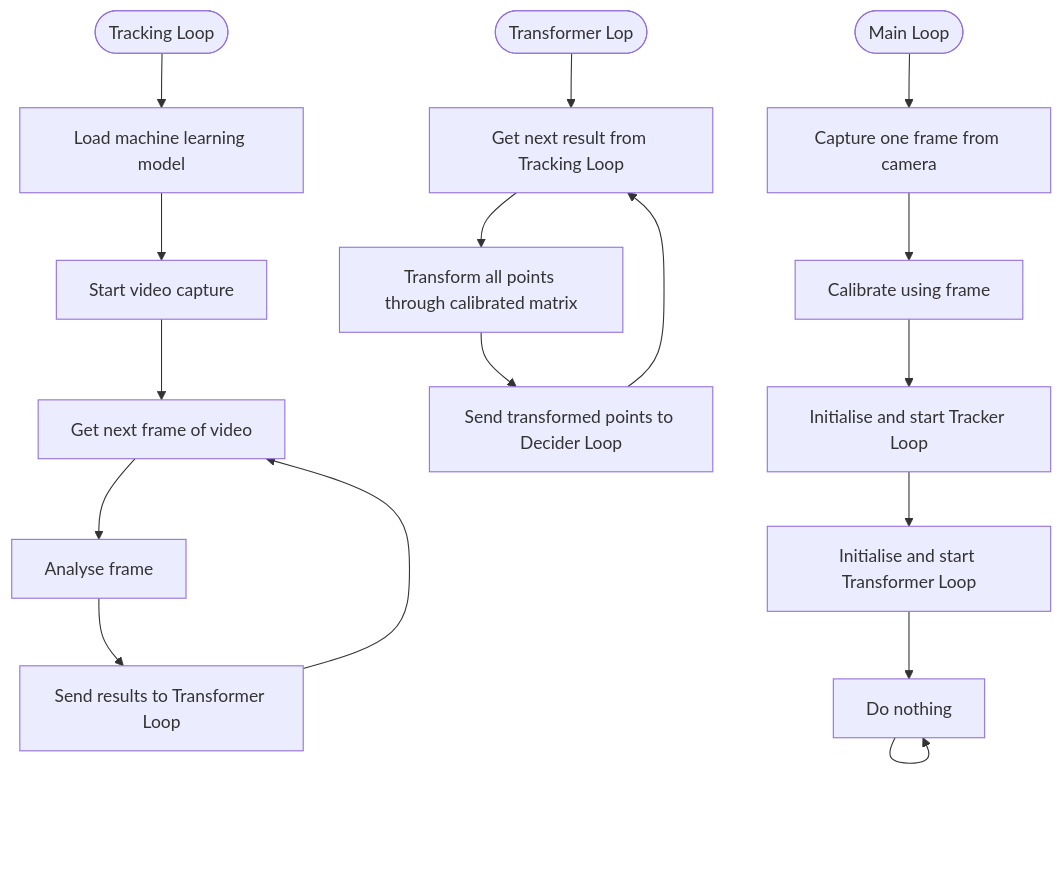
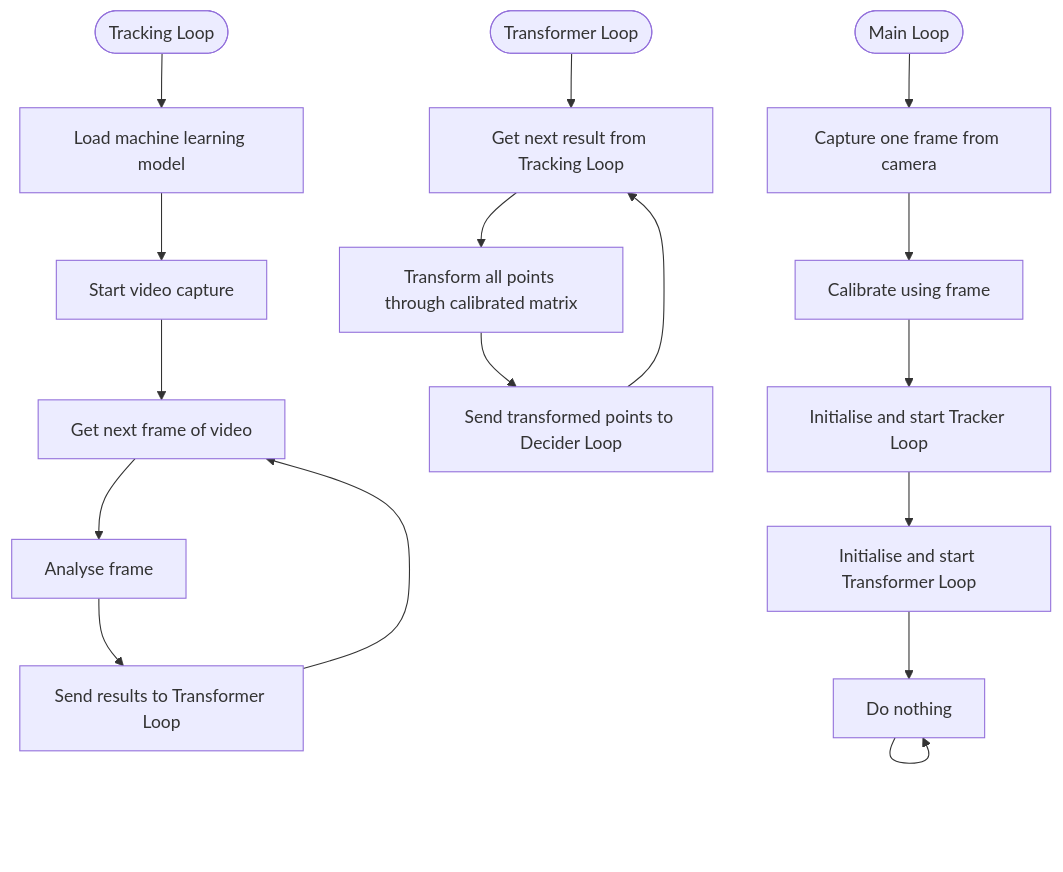
Before and after one commit to alvierahman90/s3tcob: the diagram in readme.md, drawn with Mermaid.

````diff
--- a/readme.md
+++ b/readme.md
@@ -5,24 +5,24 @@
 ```mermaid
 flowchart TD
 TLS([Tracking Loop])
 --> LOAD_ML[Load machine learning model]
 --> CAP[Start video capture]
 --> GET_FRAME[Get next frame of video]
 --> AN_FRAME[Analyse frame]
 --> SEND_RES[Send results to Transformer Loop]
 --> GET_FRAME
 
-TFXL([Transformer Lop])
+TFXL([Transformer Loop])
 --> GET_RES[Get next result from Tracking Loop]
 --> TFX[Transform all points through calibrated matrix]
 --> SEND_TFX[Send transformed points to Decider Loop]
 --> GET_RES
 
 MAIN([Main Loop])
 --> FRAME_CALIB[Capture one frame from camera]
 --> CALIB[Calibrate using frame]
 --> INIT_TRACKER[Initialise and start Tracker Loop]
 --> INIT_TFX[Initialise and start Transformer Loop]
 --> NOOP[Do nothing]
 --> NOOP
 ```
````
